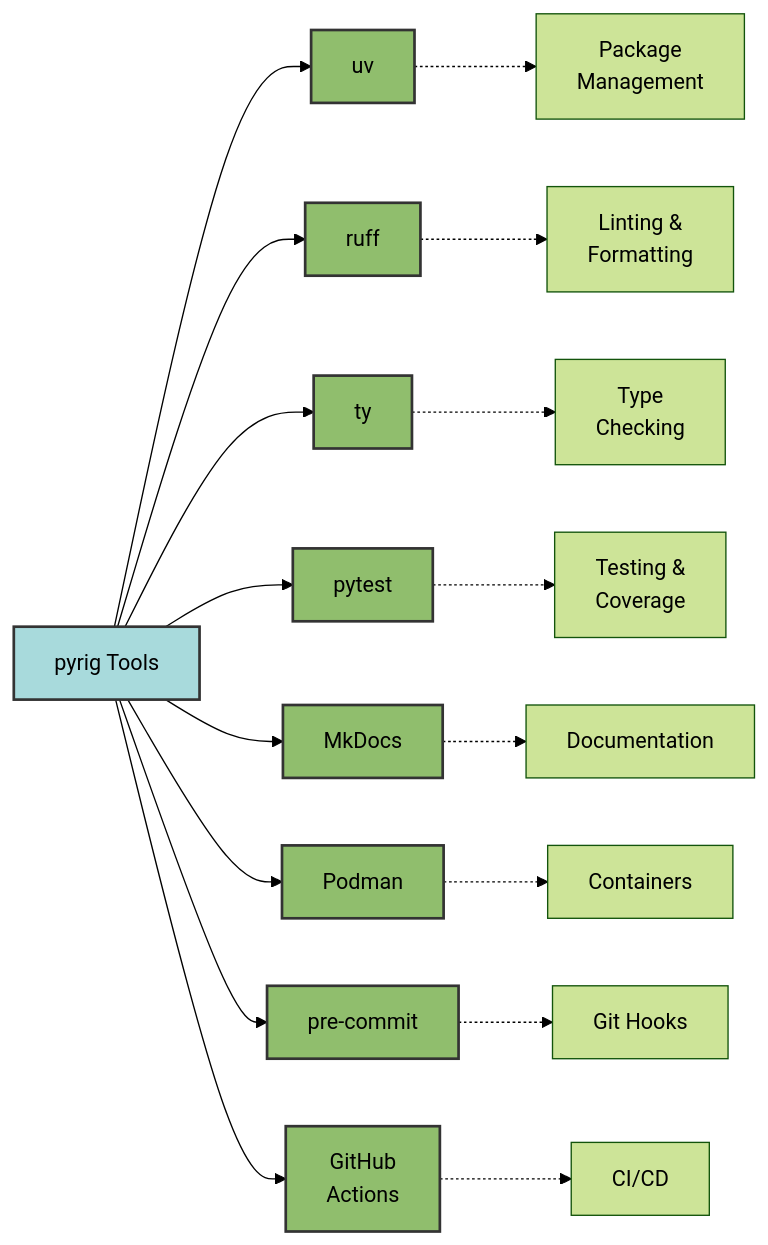
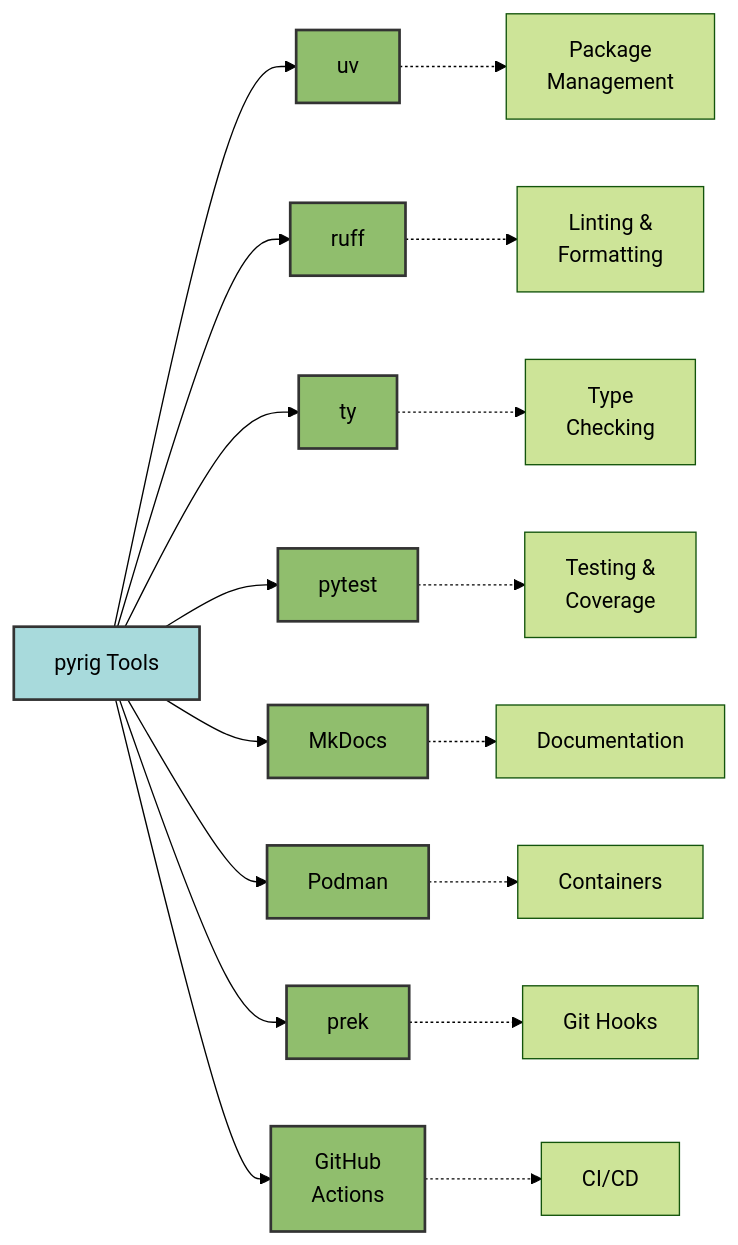
The diagram in docs/more/tooling.md (Winipedia/pyrig), drawn with Mermaid (forest theme) before and after one commit. The commit also changed other lines of this file and 35 other files, not shown here.

Commit message:
replaced pre-commit with prek

````diff
--- a/docs/more/tooling.md
+++ b/docs/more/tooling.md
@@ -8,30 +8,30 @@
 ```mermaid
 graph LR
     A[pyrig Tools] --> B[uv]
     A --> C[ruff]
     A --> D[ty]
     A --> E[pytest]
     A --> F[MkDocs]
     A --> G[Podman]
-    A --> H[pre-commit]
+    A --> H[prek]
     A --> I[GitHub<br/>Actions]
 
     B -.-> B1[Package<br/>Management]
     C -.-> C1[Linting &<br/>Formatting]
     D -.-> D1[Type<br/>Checking]
     E -.-> E1[Testing &<br/>Coverage]
     F -.-> F1[Documentation]
     G -.-> G1[Containers]
     H -.-> H1[Git Hooks]
     I -.-> I1[CI/CD]
 
     style A fill:#a8dadc,stroke:#333,stroke-width:2px,color:#000
     style B fill:#90be6d,stroke:#333,stroke-width:2px,color:#000
     style C fill:#90be6d,stroke:#333,stroke-width:2px,color:#000
     style D fill:#90be6d,stroke:#333,stroke-width:2px,color:#000
     style E fill:#90be6d,stroke:#333,stroke-width:2px,color:#000
     style F fill:#90be6d,stroke:#333,stroke-width:2px,color:#000
     style G fill:#90be6d,stroke:#333,stroke-width:2px,color:#000
     style H fill:#90be6d,stroke:#333,stroke-width:2px,color:#000
     style I fill:#90be6d,stroke:#333,stroke-width:2px,color:#000
 ```
````
